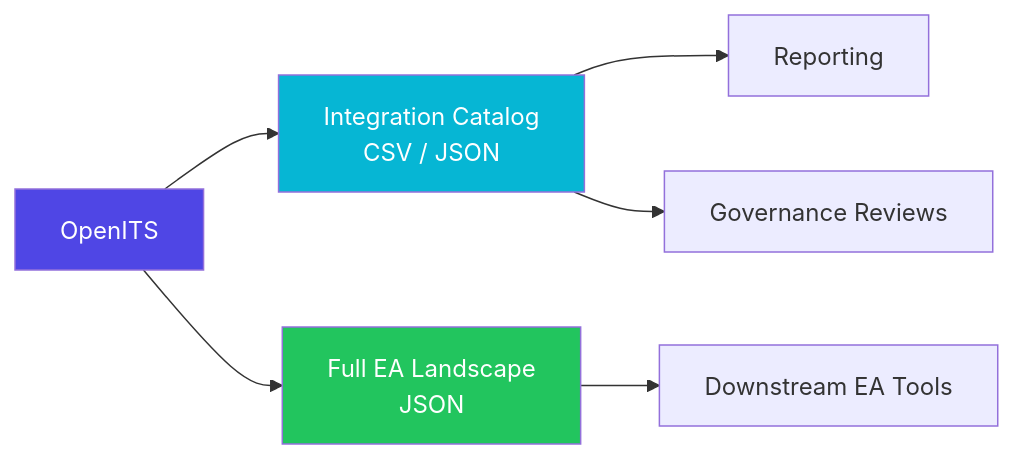
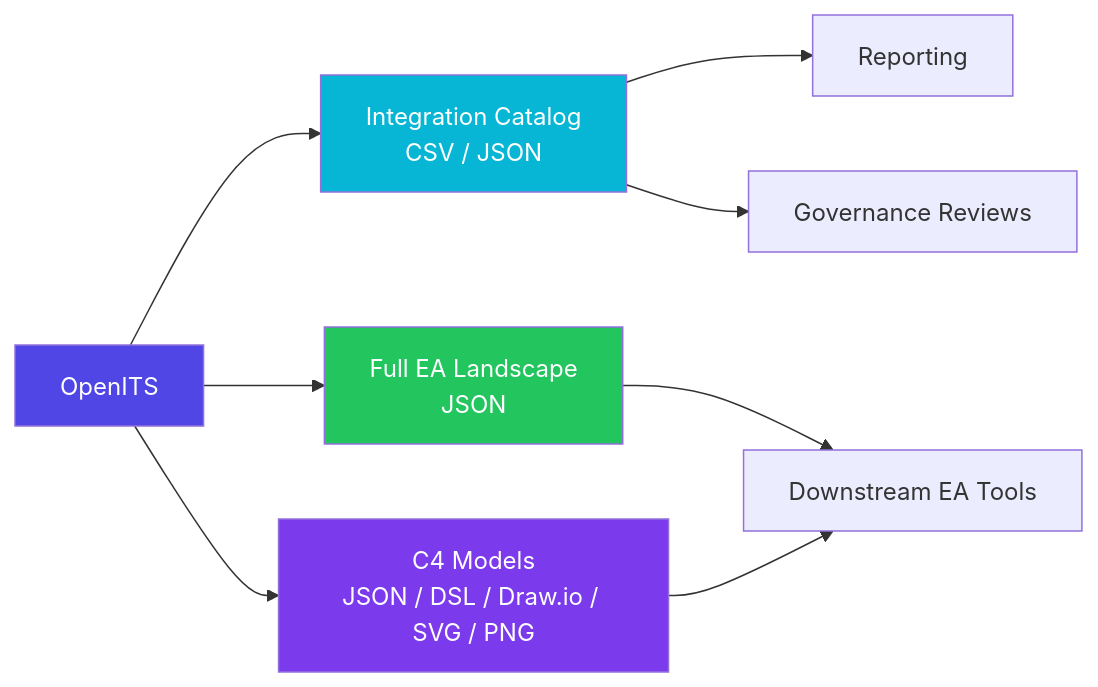
One commit to imRezaAlie/openits changed the eighth of 9 diagrams in README.md. Above: the diagram before and after it, drawn with Mermaid. The commit also changed other lines of this file, not shown here.

````diff
--- a/README.md
+++ b/README.md
@@ -405,12 +821,15 @@
 ```mermaid
 flowchart LR
     OI[OpenITS] --> CAT["Integration Catalog<br/>CSV / JSON"]
     OI --> LAND["Full EA Landscape<br/>JSON"]
+    OI --> C4["C4 Models<br/>JSON / DSL / Draw.io / SVG / PNG"]
     CAT --> RPT[Reporting]
     CAT --> GOV[Governance Reviews]
     LAND --> EA[Downstream EA Tools]
+    C4 --> EA
 
     style OI fill:#4f46e5,color:#fff
     style CAT fill:#06b6d4,color:#fff
     style LAND fill:#22c55e,color:#fff
+    style C4 fill:#7c3aed,color:#fff
 ```
````
